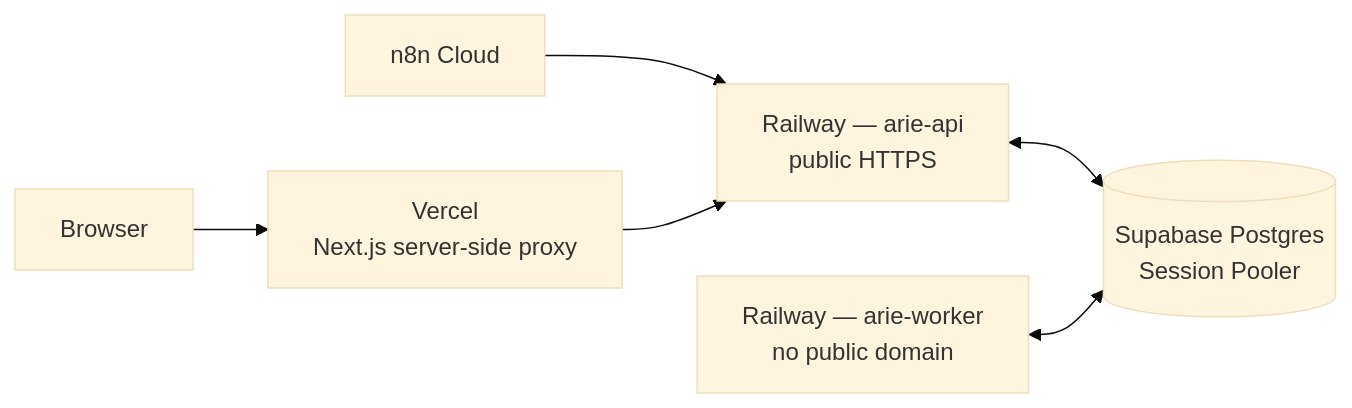
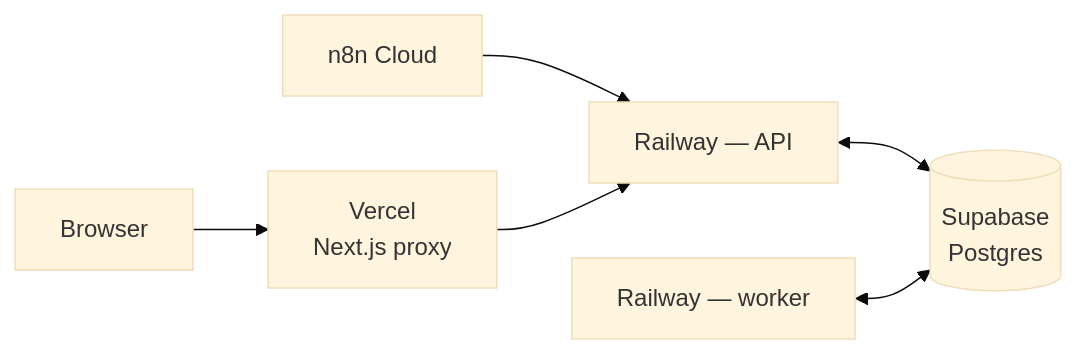
The second of 2 diagrams in README.md (Tejesh080/arie-b2b-enrichment-engine), drawn with Mermaid (base theme) before and after one commit. The commit also changed other lines of this file and 52 other files, not shown here.

````diff
--- a/README.md
+++ b/README.md
@@ -262,8 +104,8 @@
 ```mermaid
 flowchart LR
-    U["Browser"] --> V["Vercel<br/>Next.js server-side proxy"]
+    U["Browser"] --> V["Vercel<br/>Next.js proxy"]
     N["n8n Cloud"] --> R
-    V --> R["Railway — arie-api<br/>public HTTPS"]
-    R <--> S[("Supabase Postgres<br/>Session Pooler")]
-    W["Railway — arie-worker<br/>no public domain"] <--> S
+    V --> R["Railway — API"]
+    R <--> S[("Supabase<br/>Postgres")]
+    W["Railway — worker"] <--> S
 ```
````
